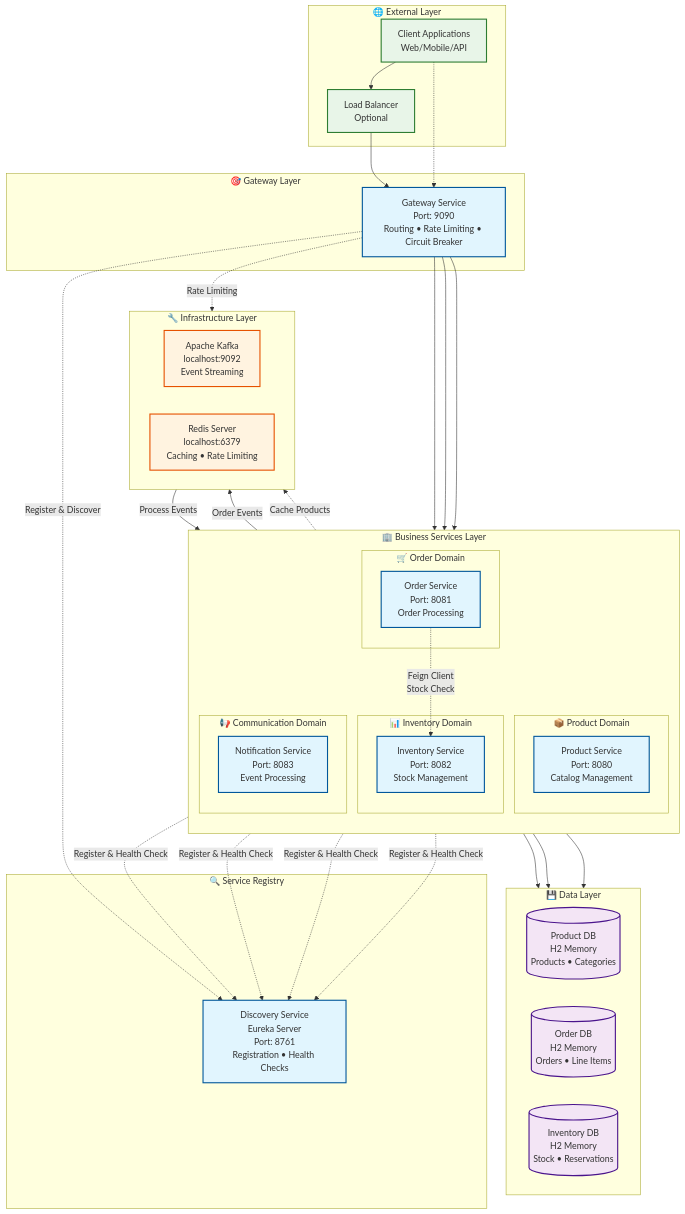
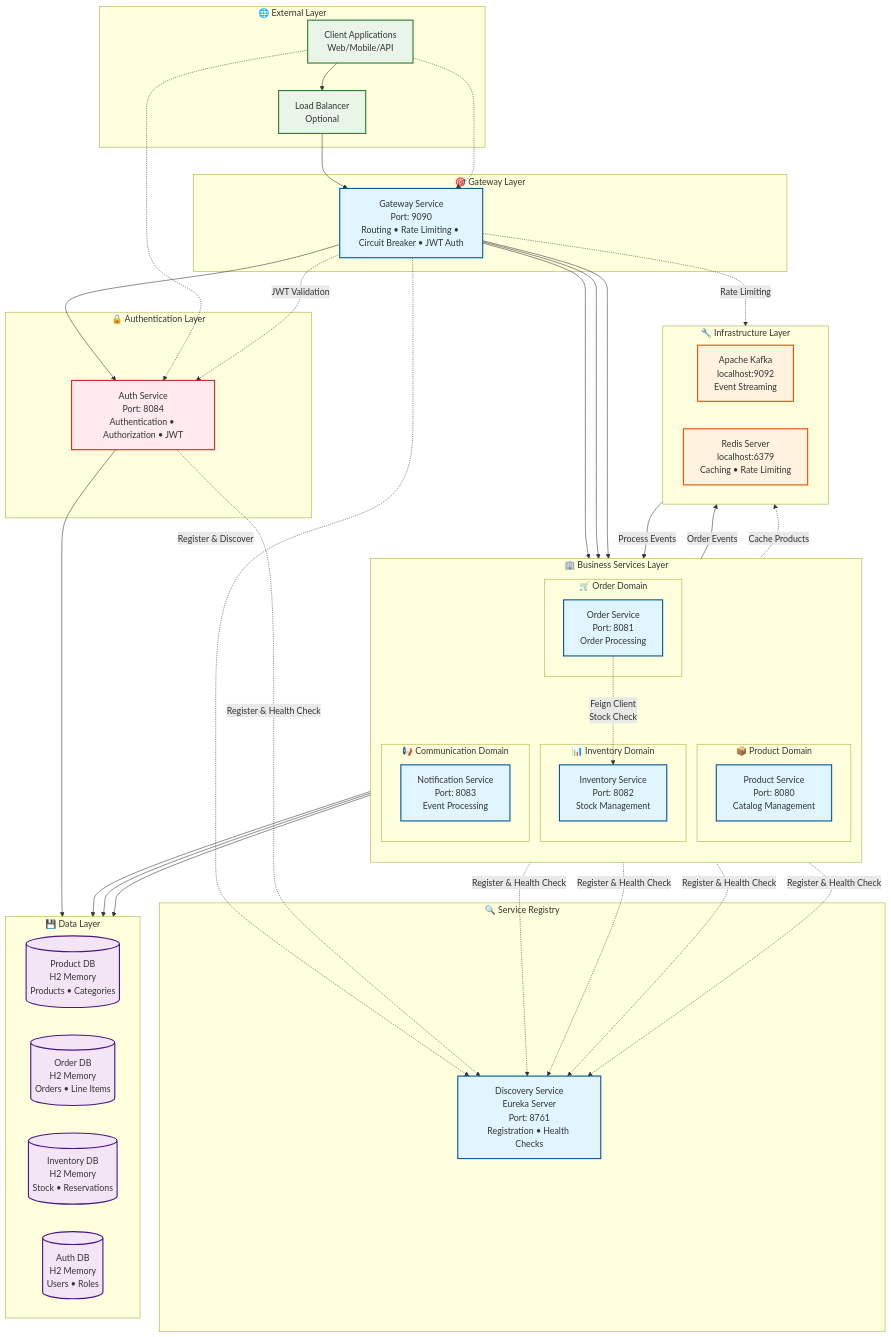
Before and after one commit to shadangi54/ecommerce-microservices: the diagram in README.md, drawn with Mermaid. The commit also changed other lines of this file and 35 other files, not shown here.

Commit message:
Add Auth Service with JWT Security Implementation, update documentation

````diff
--- a/README.md
+++ b/README.md
@@ -21,12 +21,17 @@
     
     %% Gateway Layer
     subgraph "🎯 Gateway Layer"
-        Gateway[Gateway Service<br/>Port: 9090<br/>Routing • Rate Limiting • Circuit Breaker]
+        Gateway[Gateway Service<br/>Port: 9090<br/>Routing • Rate Limiting • Circuit Breaker • JWT Auth]
     end
     
     %% Service Registry Layer
     subgraph "🔍 Service Registry"
         Discovery[Discovery Service<br/>Eureka Server<br/>Port: 8761<br/>Registration • Health Checks]
+    end
+    
+    %% Authentication Layer
+    subgraph "🔒 Authentication Layer"
+        Auth[Auth Service<br/>Port: 8084<br/>Authentication • Authorization • JWT]
     end
     
     %% Business Services Layer
@@ -55,6 +60,7 @@
         PDB[(Product DB<br/>H2 Memory<br/>Products • Categories)]
         ODB[(Order DB<br/>H2 Memory<br/>Orders • Line Items)]
         IDB[(Inventory DB<br/>H2 Memory<br/>Stock • Reservations)]
+        ADB[(Auth DB<br/>H2 Memory<br/>Users • Roles)]
     end
     
     %% Infrastructure Layer
@@ -73,6 +79,11 @@
     Gateway --> OS
     Gateway --> PS
     Gateway --> IS
+    Gateway --> Auth
+    
+    %% Auth Flow
+    Client -.-> Auth
+    Gateway -.->|JWT Validation| Auth
     
     %% Service Discovery Connections
     Gateway -.->|Register & Discover| Discovery
@@ -80,6 +91,7 @@
     OS -.->|Register & Health Check| Discovery
     IS -.->|Register & Health Check| Discovery
     NS -.->|Register & Health Check| Discovery
+    Auth -.->|Register & Health Check| Discovery
     
     %% Inter-Service Communication
     OS -.->|Feign Client<br/>Stock Check| IS
@@ -90,6 +102,7 @@
     PS --> PDB
     OS --> ODB
     IS --> IDB
+    Auth --> ADB
     
     %% Infrastructure Connections
     PS -.->|Cache Products| Redis
@@ -100,9 +113,11 @@
     classDef dbBox fill:#f3e5f5,stroke:#4a148c,stroke-width:2px
     classDef infraBox fill:#fff3e0,stroke:#e65100,stroke-width:2px
     classDef clientBox fill:#e8f5e8,stroke:#2e7d32,stroke-width:2px
+    classDef authBox fill:#ffebee,stroke:#c62828,stroke-width:2px
     
     class PS,OS,IS,NS,Gateway,Discovery serviceBox
-    class PDB,ODB,IDB dbBox
+    class PDB,ODB,IDB,ADB dbBox
     class Kafka,Redis infraBox
     class Client,LoadBalancer clientBox
+    class Auth authBox
 ```
````
